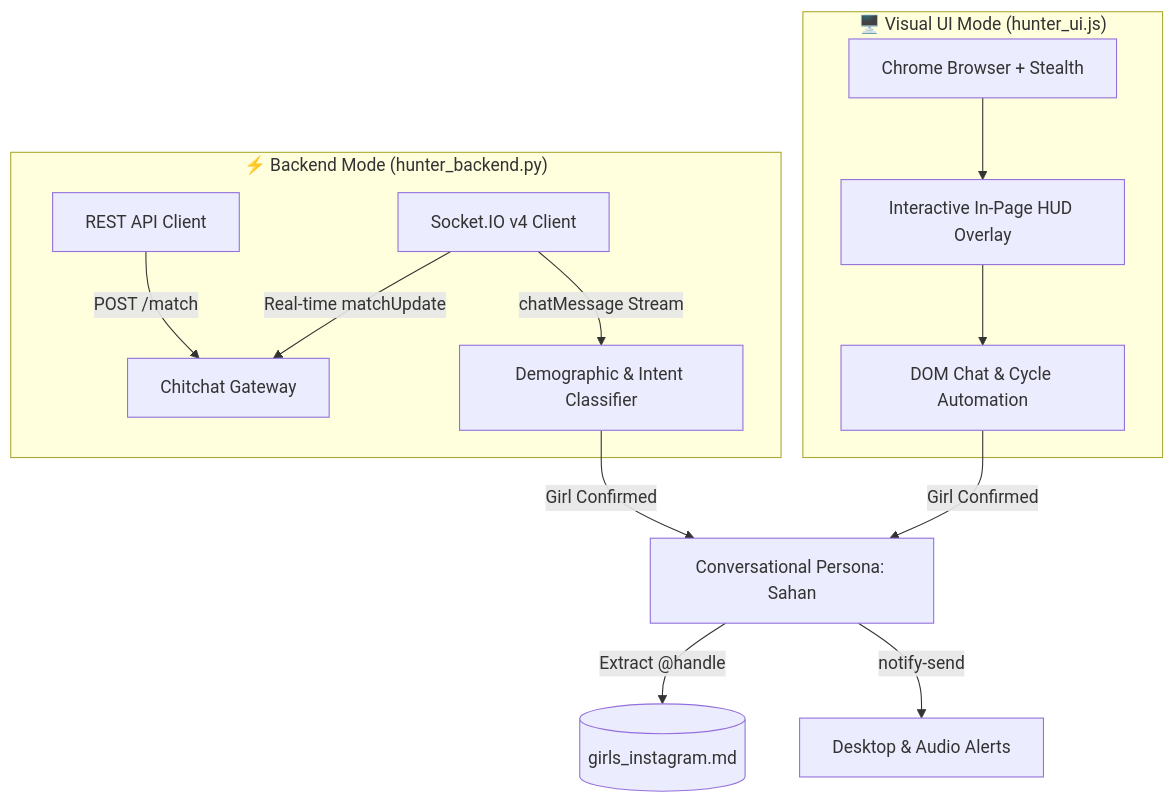
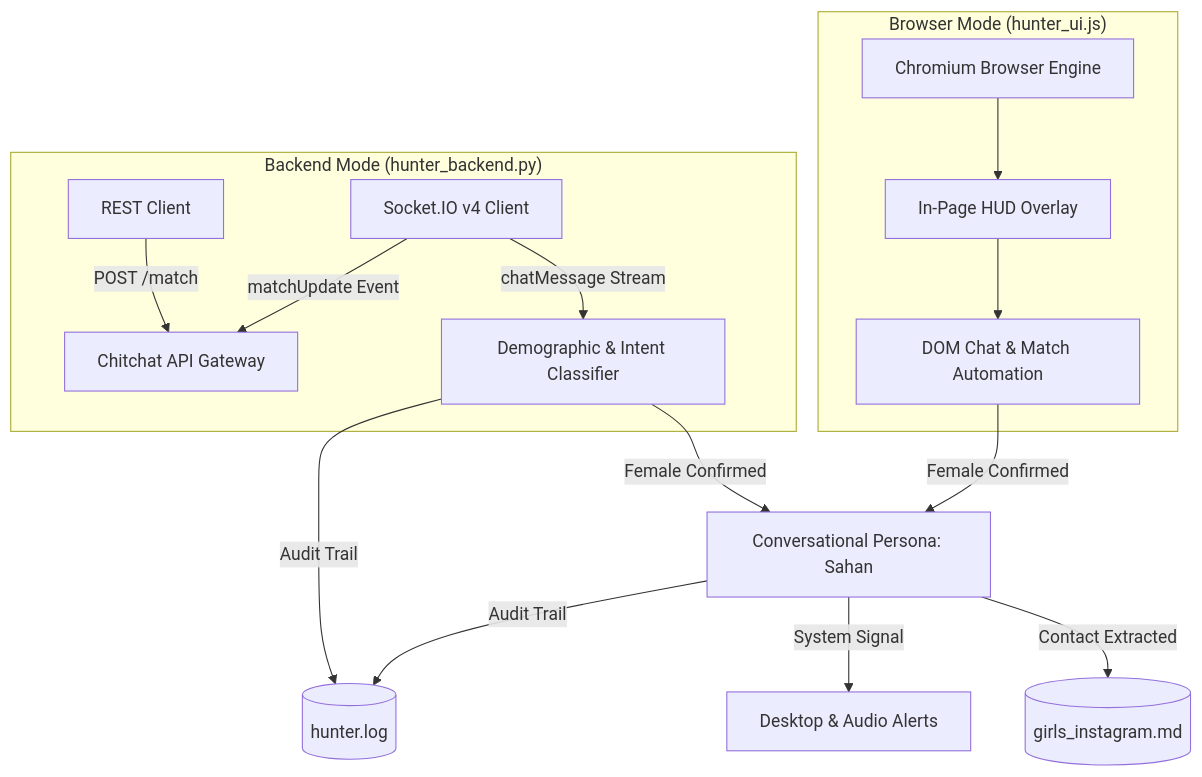
Before and after one commit to dulithdivisekara/chitchat-automation-suite: the diagram in README.md, drawn with Mermaid. The commit also changed other lines of this file and 5 other files, not shown here.

````diff
--- a/README.md
+++ b/README.md
@@ -61,18 +58,20 @@
 ```mermaid
 graph TD
-    subgraph UI_Mode ["🖥️ Visual UI Mode (hunter_ui.js)"]
-        A[Chrome Browser + Stealth] --> B[Interactive In-Page HUD Overlay]
-        B --> C[DOM Chat & Cycle Automation]
+    subgraph Browser_Runtime ["Browser Mode (hunter_ui.js)"]
+        UI_Chrome[Chromium Browser Engine] --> UI_HUD[In-Page HUD Overlay]
+        UI_HUD --> UI_DOM[DOM Chat & Match Automation]
     end
 
-    subgraph Backend_Mode ["⚡ Backend Mode (hunter_backend.py)"]
-        D[REST API Client] -->|POST /match| E[Chitchat Gateway]
-        F[Socket.IO v4 Client] -->|Real-time matchUpdate| E
-        F -->|chatMessage Stream| G[Demographic & Intent Classifier]
+    subgraph Backend_Runtime ["Backend Mode (hunter_backend.py)"]
+        API_REST[REST Client] -->|POST /match| Gateway[Chitchat API Gateway]
+        API_WS[Socket.IO v4 Client] -->|matchUpdate Event| Gateway
+        API_WS -->|chatMessage Stream| Classifier[Demographic & Intent Classifier]
     end
 
-    G -->|Girl Confirmed| H[Conversational Persona: Sahan]
-    C -->|Girl Confirmed| H
-    H -->|Extract @handle| I[(girls_instagram.md)]
-    H -->|notify-send| J[Desktop & Audio Alerts]
+    Classifier -->|Female Confirmed| Persona[Conversational Persona: Sahan]
+    UI_DOM -->|Female Confirmed| Persona
+    Persona -->|Contact Extracted| Storage[(girls_instagram.md)]
+    Persona -->|System Signal| Notification[Desktop & Audio Alerts]
+    Classifier -->|Audit Trail| Logger[(hunter.log)]
+    Persona -->|Audit Trail| Logger
 ```
````
